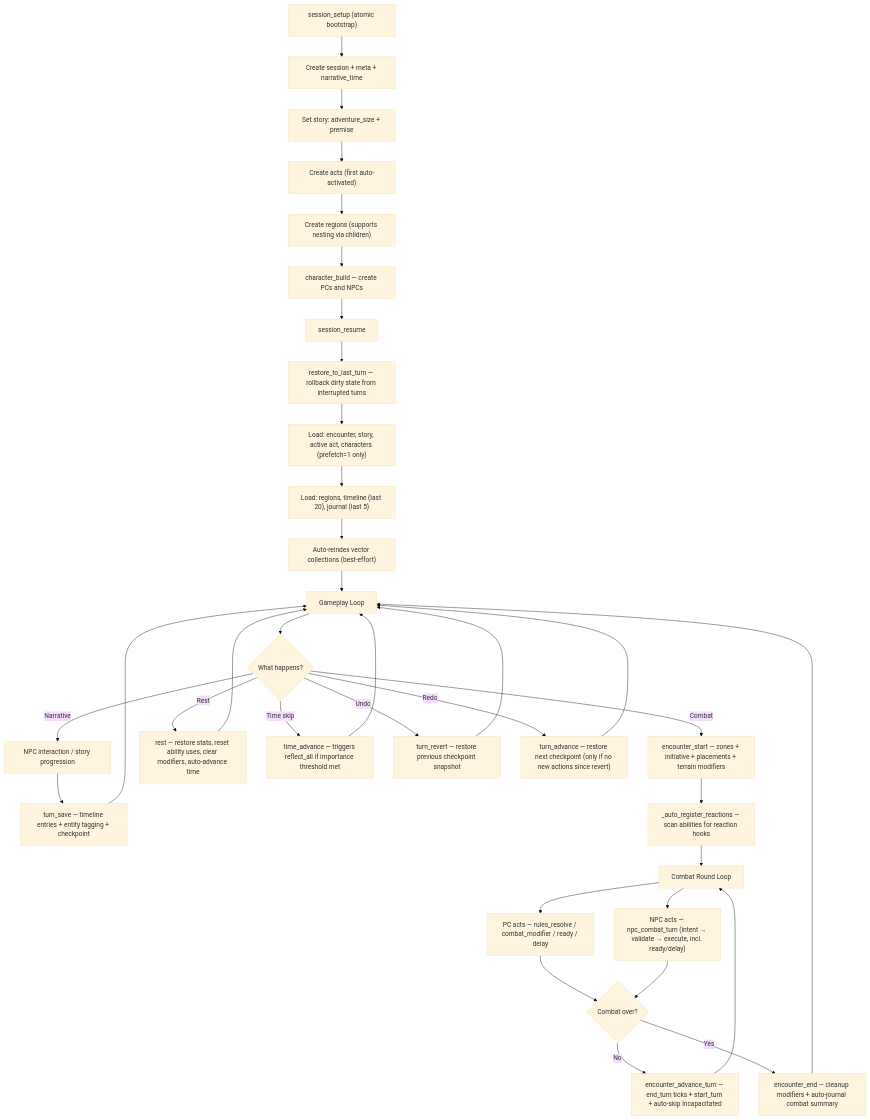
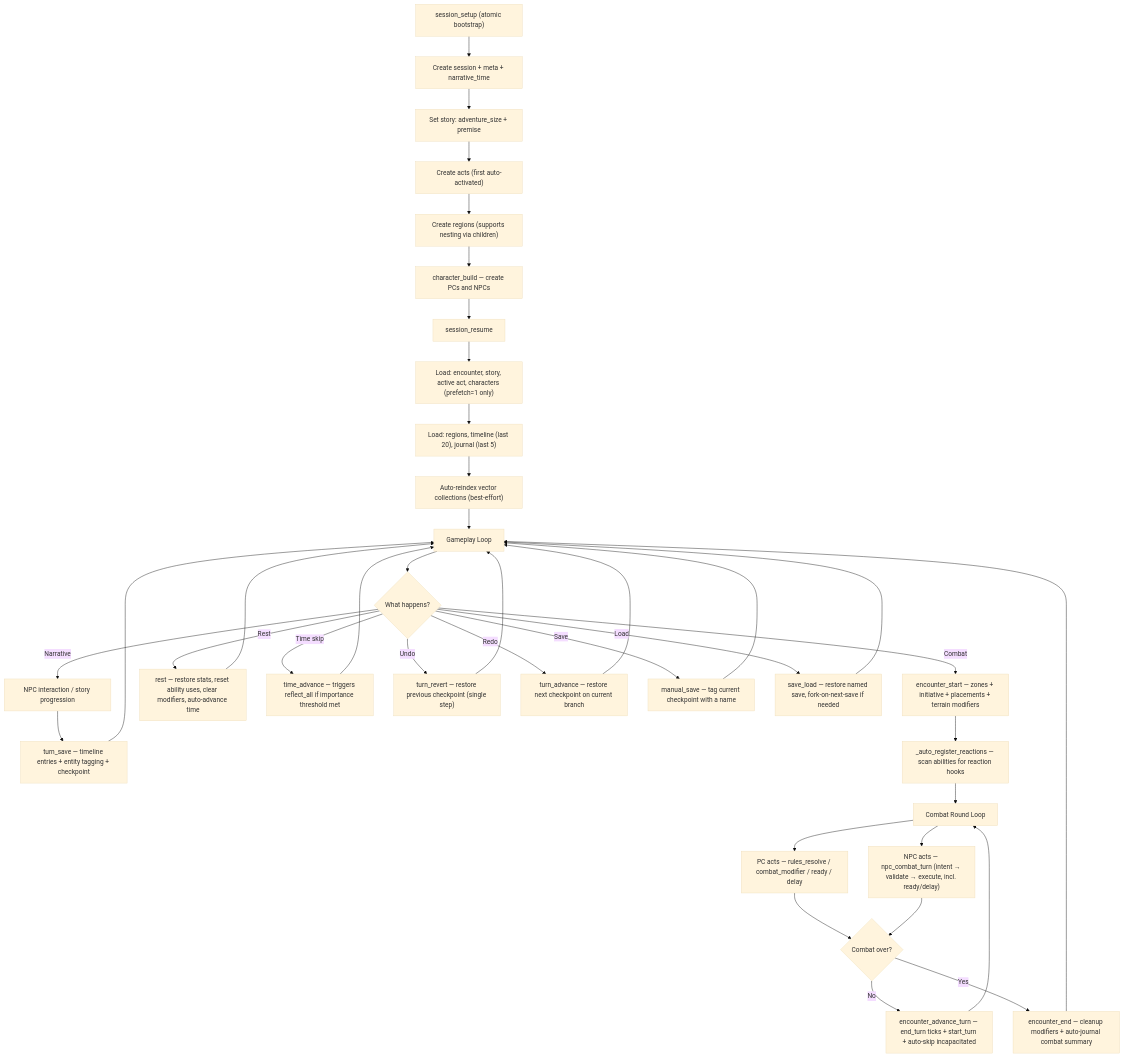
One commit to matluz1/lorekit changed the third of 9 diagrams in ARCHITECTURE.md. Above: the diagram before and after it, drawn with Mermaid (base theme). The commit also changed other lines of this file, not shown here.

Commit message:
docs: update ARCHITECTURE.md for branching checkpoint system

````diff
--- a/ARCHITECTURE.md
+++ b/ARCHITECTURE.md
@@ -560,45 +566,50 @@
 ```mermaid
 flowchart TD
     A["session_setup (atomic bootstrap)"] --> B["Create session + meta + narrative_time"]
     B --> B1["Set story: adventure_size + premise"]
     B1 --> B2["Create acts (first auto-activated)"]
     B2 --> B3["Create regions (supports nesting via children)"]
     B3 --> C["character_build — create PCs and NPCs"]
 
     C --> D[session_resume]
-    D --> D1["restore_to_last_turn — rollback dirty state from interrupted turns"]
-    D1 --> D2["Load: encounter, story, active act, characters (prefetch=1 only)"]
+    D --> D2["Load: encounter, story, active act, characters (prefetch=1 only)"]
     D2 --> D3["Load: regions, timeline (last 20), journal (last 5)"]
     D3 --> D4["Auto-reindex vector collections (best-effort)"]
     D4 --> E[Gameplay Loop]
 
     E --> F{What happens?}
 
     F -->|Narrative| G[NPC interaction / story progression]
     G --> G1["turn_save — timeline entries + entity tagging + checkpoint"]
     G1 --> E
 
     F -->|Combat| H["encounter_start — zones + initiative + placements + terrain modifiers"]
     H --> H1["_auto_register_reactions — scan abilities for reaction hooks"]
     H1 --> I[Combat Round Loop]
     I --> I1["PC acts — rules_resolve / combat_modifier / ready / delay"]
     I --> I2["NPC acts — npc_combat_turn (intent → validate → execute, incl. ready/delay)"]
     I1 --> I3{Combat over?}
     I2 --> I3
     I3 -->|No| I4["encounter_advance_turn — end_turn ticks + start_turn + auto-skip incapacitated"]
     I4 --> I
     I3 -->|Yes| J["encounter_end — cleanup modifiers + auto-journal combat summary"]
     J --> E
 
     F -->|Rest| K["rest — restore stats, reset ability uses, clear modifiers, auto-advance time"]
     K --> E
 
     F -->|Time skip| L["time_advance — triggers reflect_all if importance threshold met"]
     L --> E
 
-    F -->|Undo| M["turn_revert — restore previous checkpoint snapshot"]
+    F -->|Undo| M["turn_revert — restore previous checkpoint (single step)"]
     M --> E
 
-    F -->|Redo| N["turn_advance — restore next checkpoint (only if no new actions since revert)"]
+    F -->|Redo| N["turn_advance — restore next checkpoint on current branch"]
     N --> E
+
+    F -->|Save| O["manual_save — tag current checkpoint with a name"]
+    O --> E
+
+    F -->|Load| P["save_load — restore named save, fork-on-next-save if needed"]
+    P --> E
 ```
````
